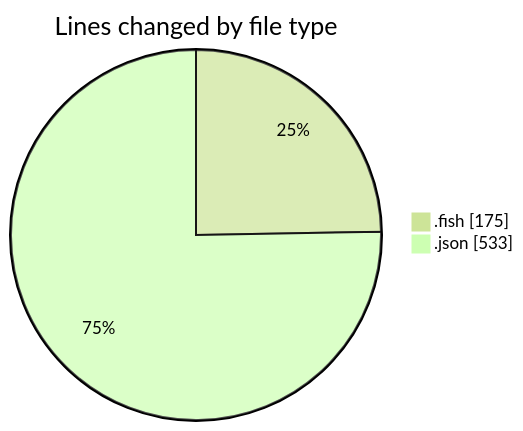
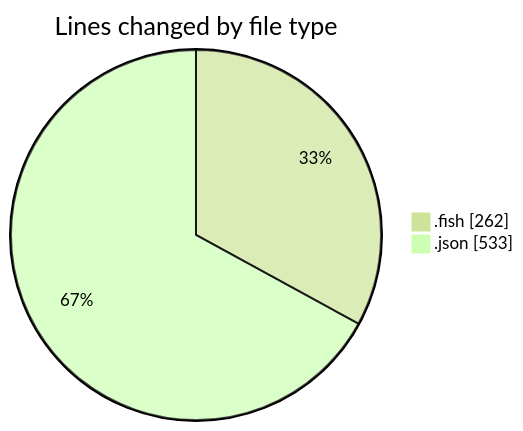
Before and after one commit to EIIisD/code-tracking: the first of 2 diagrams in 2025-07-24/fish/README.md, drawn with Mermaid (forest theme). The commit also changed other lines of this file and 1 other file, not shown here.

````diff
--- a/2025-07-24/fish/README.md
+++ b/2025-07-24/fish/README.md
@@ -24,6 +25,6 @@
 ```mermaid
 pie showData
 title Lines changed by file type
-".fish" : 175
+".fish" : 262
 ".json" : 533
 ```
````
